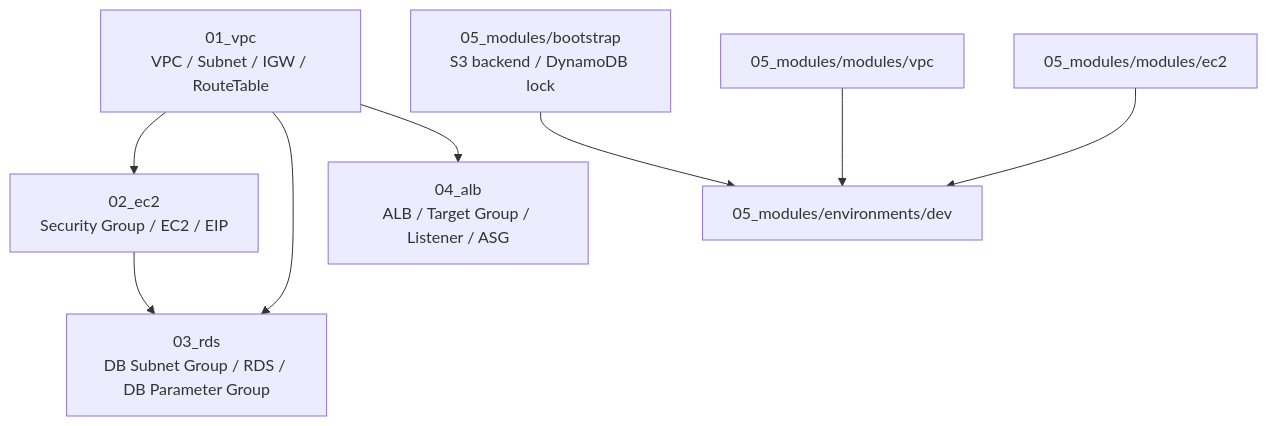
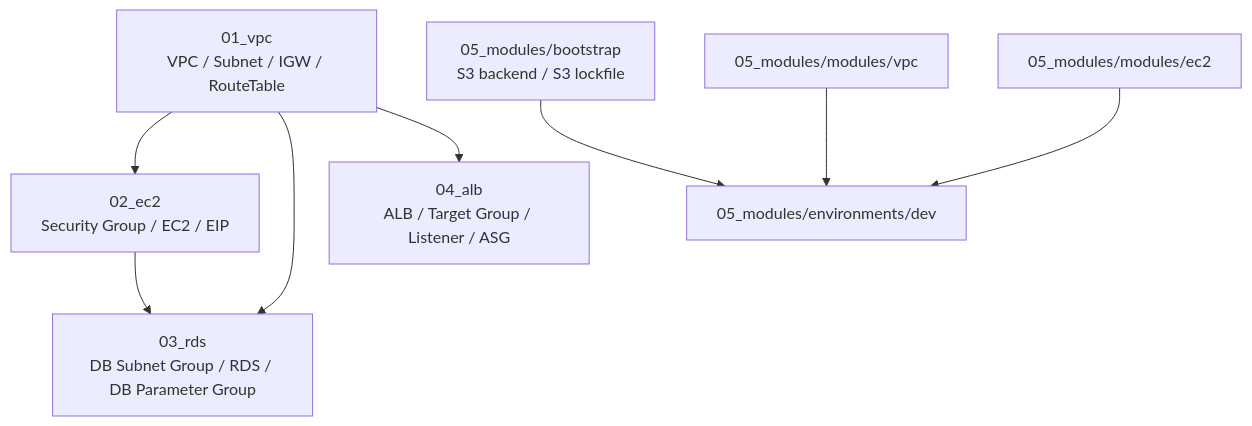
One commit to tk-21/terraform-lab changed the first of 9 diagrams in terraform-handson/ARCHITECTURE.md. Above: the diagram before and after it, drawn with Mermaid. The commit also changed other lines of this file and 13 other files, not shown here.

````diff
--- a/terraform-handson/ARCHITECTURE.md
+++ b/terraform-handson/ARCHITECTURE.md
@@ -35,11 +35,11 @@
 ```mermaid
 flowchart TD
   A[01_vpc<br/>VPC / Subnet / IGW / RouteTable] --> B[02_ec2<br/>Security Group / EC2 / EIP]
   A --> C[03_rds<br/>DB Subnet Group / RDS / DB Parameter Group]
   A --> D[04_alb<br/>ALB / Target Group / Listener / ASG]
   B --> C
 
-  E[05_modules/bootstrap<br/>S3 backend / DynamoDB lock] --> F[05_modules/environments/dev]
+  E[05_modules/bootstrap<br/>S3 backend / S3 lockfile] --> F[05_modules/environments/dev]
   G[05_modules/modules/vpc] --> F
   H[05_modules/modules/ec2] --> F
 ```
````
